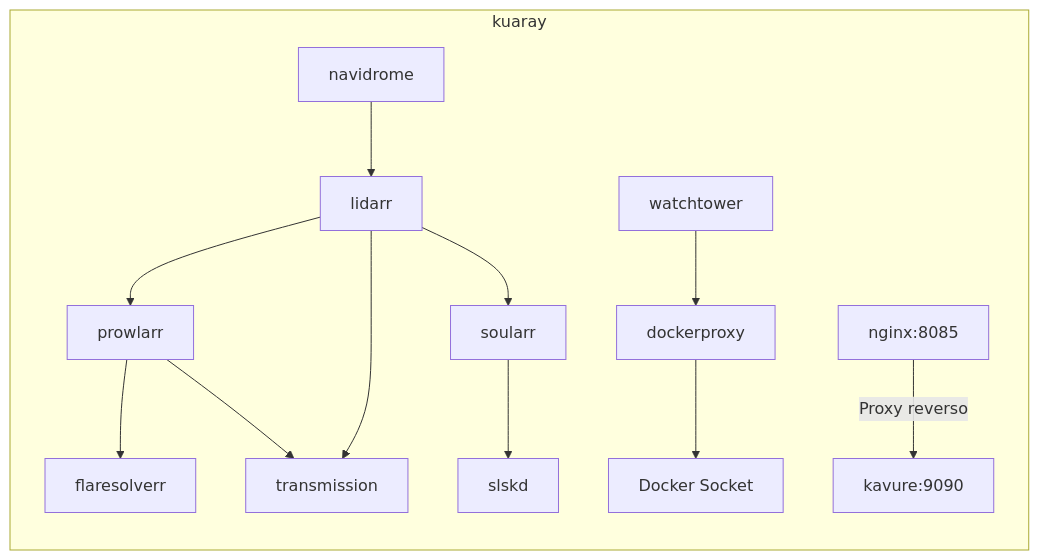
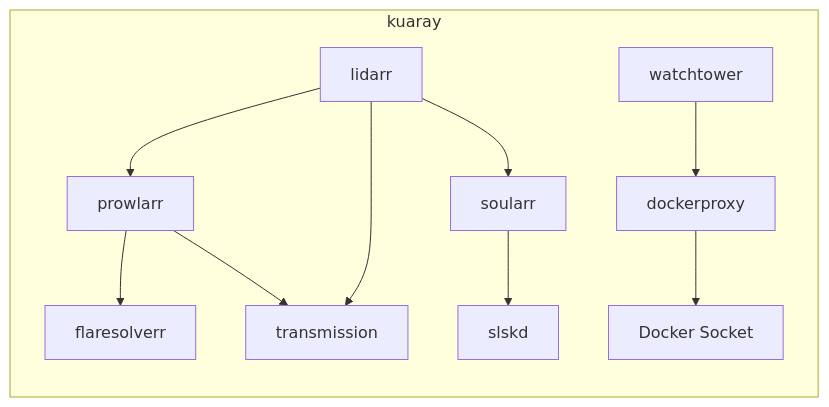
The fourth of 5 diagrams in network/service-topology.md (ceduardorodrig/MNEMOCINE), drawn with Mermaid before and after one commit. The commit also changed other lines of this file and 95 other files, not shown here.

````diff
--- a/network/service-topology.md
+++ b/network/service-topology.md
@@ -164,16 +156,14 @@
 ```mermaid
 graph LR
     subgraph kuaray
         P[prowlarr] --> F[flaresolverr]
         P --> T[transmission]
         L[lidarr] --> P
         L --> T
         L --> S[soularr]
         S --> SK[slskd]
-        N[navidrome] --> L
 
         W2[watchtower] --> DP[dockerproxy]
         DP --> DS[Docker Socket]
-        NG[nginx:8085] -->|Proxy reverso| API[kavure:9090]
     end
 ```
````
